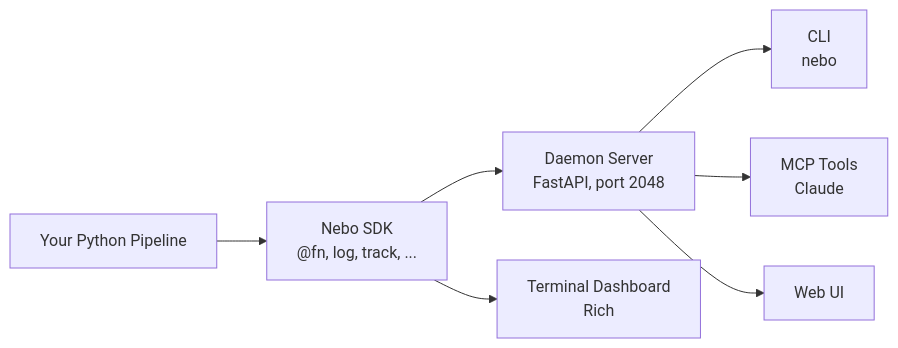
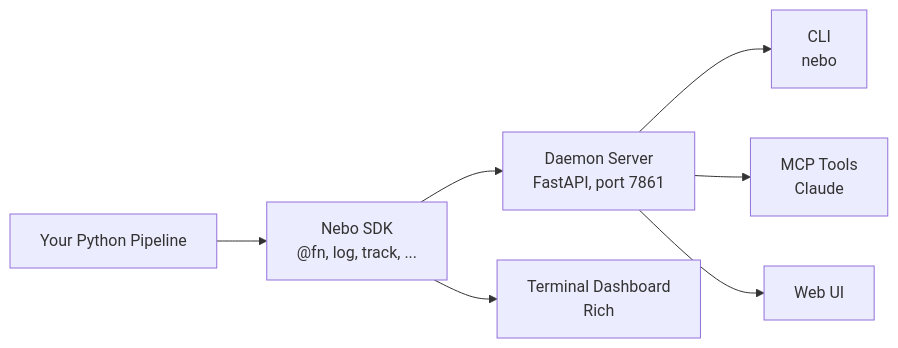
The diagram in README.md (graphbookai/nebo), drawn with Mermaid before and after one commit. The commit also changed 58 other files, not shown here.

````diff
--- a/README.md
+++ b/README.md
@@ -319,9 +319,9 @@
 ```mermaid
 graph LR
     A[Your Python Pipeline] --> B[Nebo SDK<br>@fn, log, track, ...]
-    B --> C[Daemon Server<br>FastAPI, port 2048]
+    B --> C[Daemon Server<br>FastAPI, port 7861]
     B --> D[Terminal Dashboard<br>Rich]
     C --> E[CLI<br>nebo]
     C --> F[MCP Tools<br>Claude]
     C --> G[Web UI]
 ```
````
